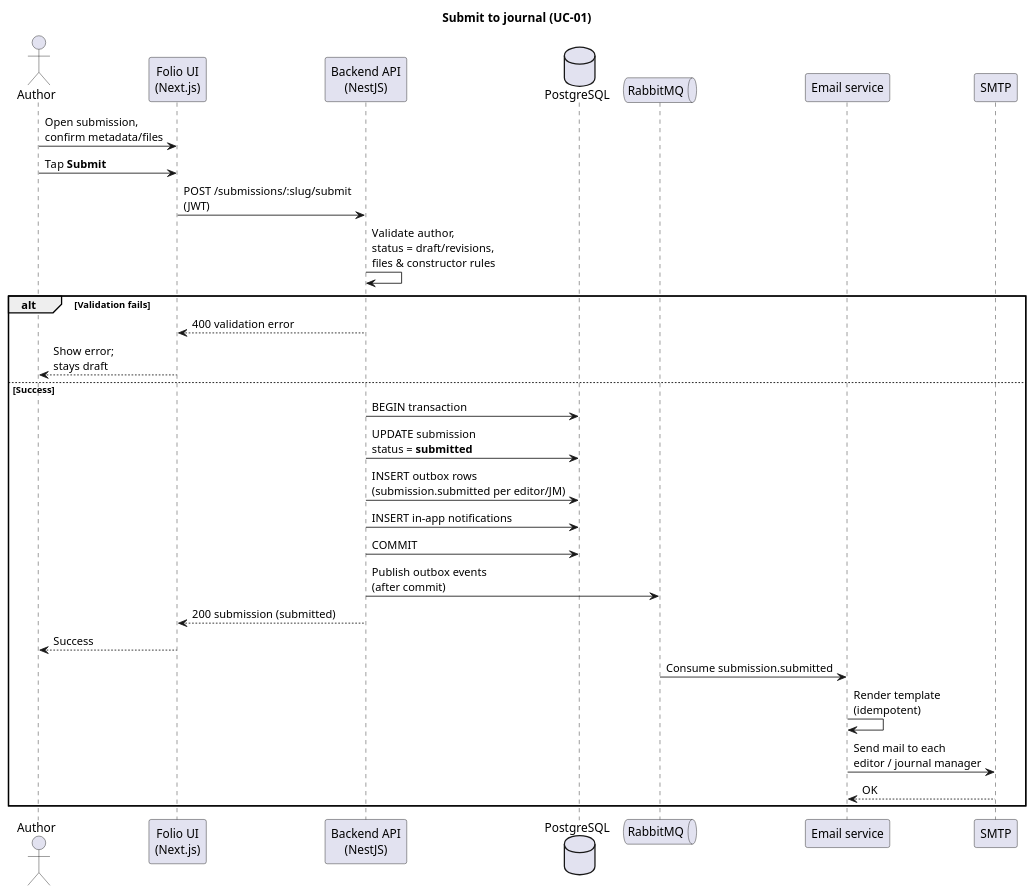
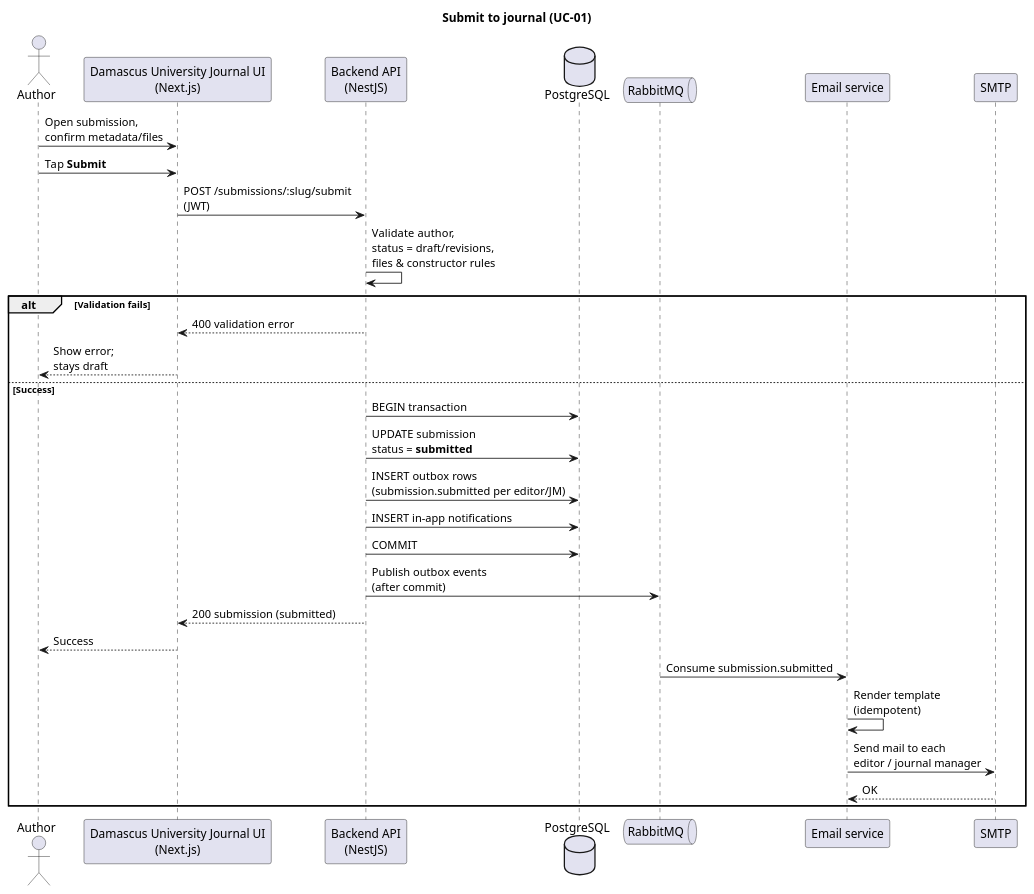
One commit to OmarNajiAlhayek/folio changed the diagram in docs/diagrams/sequences/submit-to-journal.puml. Above: the diagram before and after it, drawn with PlantUML. The commit also changed 47 other files, not shown here.

```diff
--- a/docs/diagrams/sequences/submit-to-journal.puml
+++ b/docs/diagrams/sequences/submit-to-journal.puml
@@ -1,42 +1,42 @@
 @startuml folio-sequence-submit-to-journal
-' Folio — Author submits manuscript (UC-01)
+' Damascus University Journal — Author submits manuscript (UC-01)
 ' Matches: POST /api/v1/submissions/:slug/submit, transactional outbox, submission.submitted
 ' Render: https://www.plantuml.com/plantuml
 
 title Submit to journal (UC-01)
 
 actor Author
-participant "Folio UI\n(Next.js)" as UI
+participant "Damascus University Journal UI\n(Next.js)" as UI
 participant "Backend API\n(NestJS)" as API
 database "PostgreSQL" as DB
 queue "RabbitMQ" as MQ
 participant "Email service" as Email
 participant "SMTP" as SMTP
 
 Author -> UI : Open submission,\nconfirm metadata/files
 Author -> UI : Tap **Submit**
 UI -> API : POST /submissions/:slug/submit\n(JWT)
 
 API -> API : Validate author,\nstatus = draft/revisions,\nfiles & constructor rules
 
 alt Validation fails
   API --> UI : 400 validation error
   UI --> Author : Show error;\nstays draft
 else Success
   API -> DB : BEGIN transaction
   API -> DB : UPDATE submission\nstatus = **submitted**
   API -> DB : INSERT outbox rows\n(submission.submitted per editor/JM)
   API -> DB : INSERT in-app notifications
   API -> DB : COMMIT
 
   API -> MQ : Publish outbox events\n(after commit)
   API --> UI : 200 submission (submitted)
   UI --> Author : Success
 
   MQ -> Email : Consume submission.submitted
   Email -> Email : Render template\n(idempotent)
   Email -> SMTP : Send mail to each\neditor / journal manager
   SMTP --> Email : OK
 end
 
 @enduml
```
